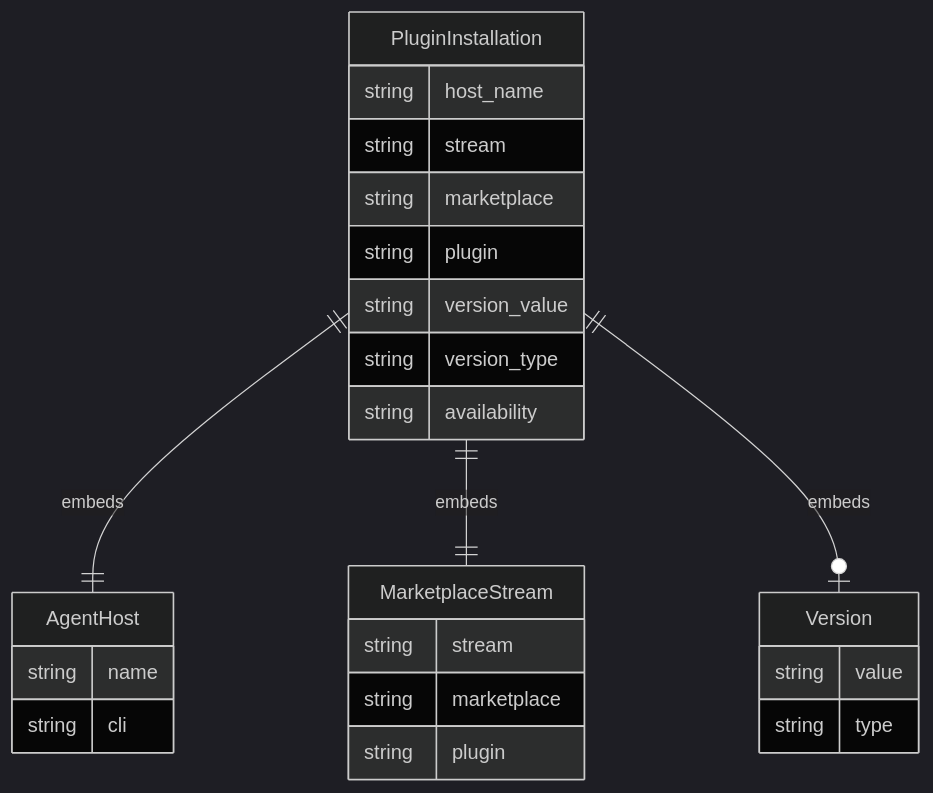
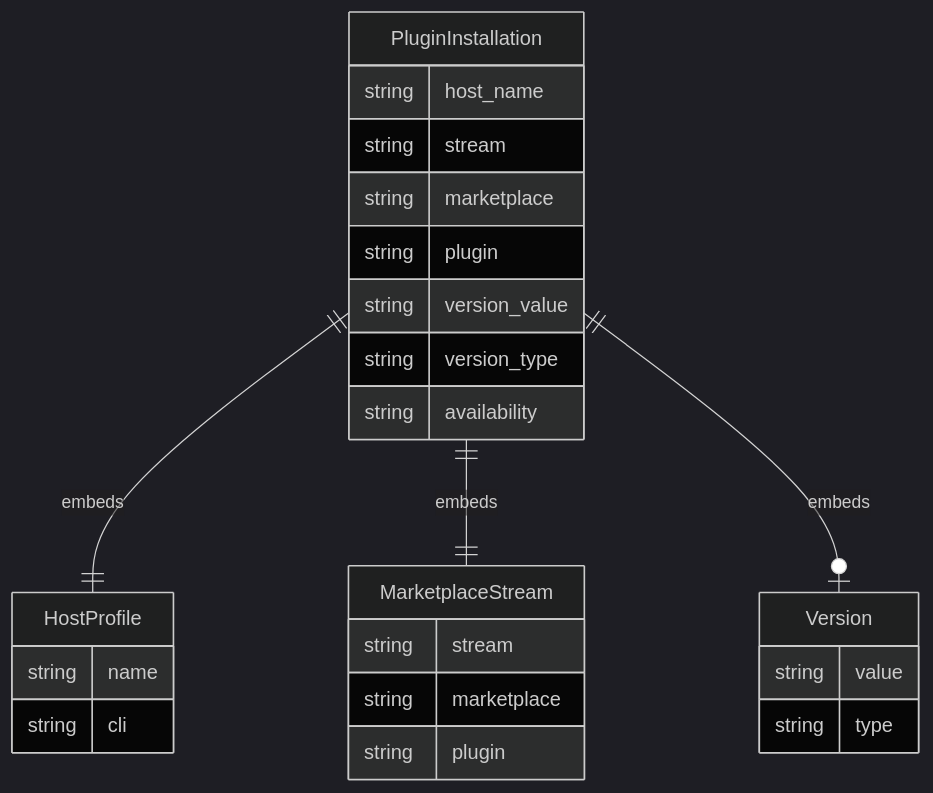
The third of 3 diagrams in uspecs/specs/prod/conf/context.md (untillpro/uspecs), drawn with Mermaid (dark theme) before and after one commit. The commit also changed other lines of this file and 10 other files, not shown here.

````diff
--- a/uspecs/specs/prod/conf/context.md
+++ b/uspecs/specs/prod/conf/context.md
@@ -162,28 +162,28 @@
 ```mermaid
 erDiagram
     PluginInstallation {
         string host_name
         string stream
         string marketplace
         string plugin
         string version_value
         string version_type
         string availability
     }
-    AgentHost {
+    HostProfile {
         string name
         string cli
     }
     MarketplaceStream {
         string stream
         string marketplace
         string plugin
     }
     Version {
         string value
         string type
     }
-    PluginInstallation ||--|| AgentHost : embeds
+    PluginInstallation ||--|| HostProfile : embeds
     PluginInstallation ||--|| MarketplaceStream : embeds
     PluginInstallation ||--o| Version : embeds
 ```
````
